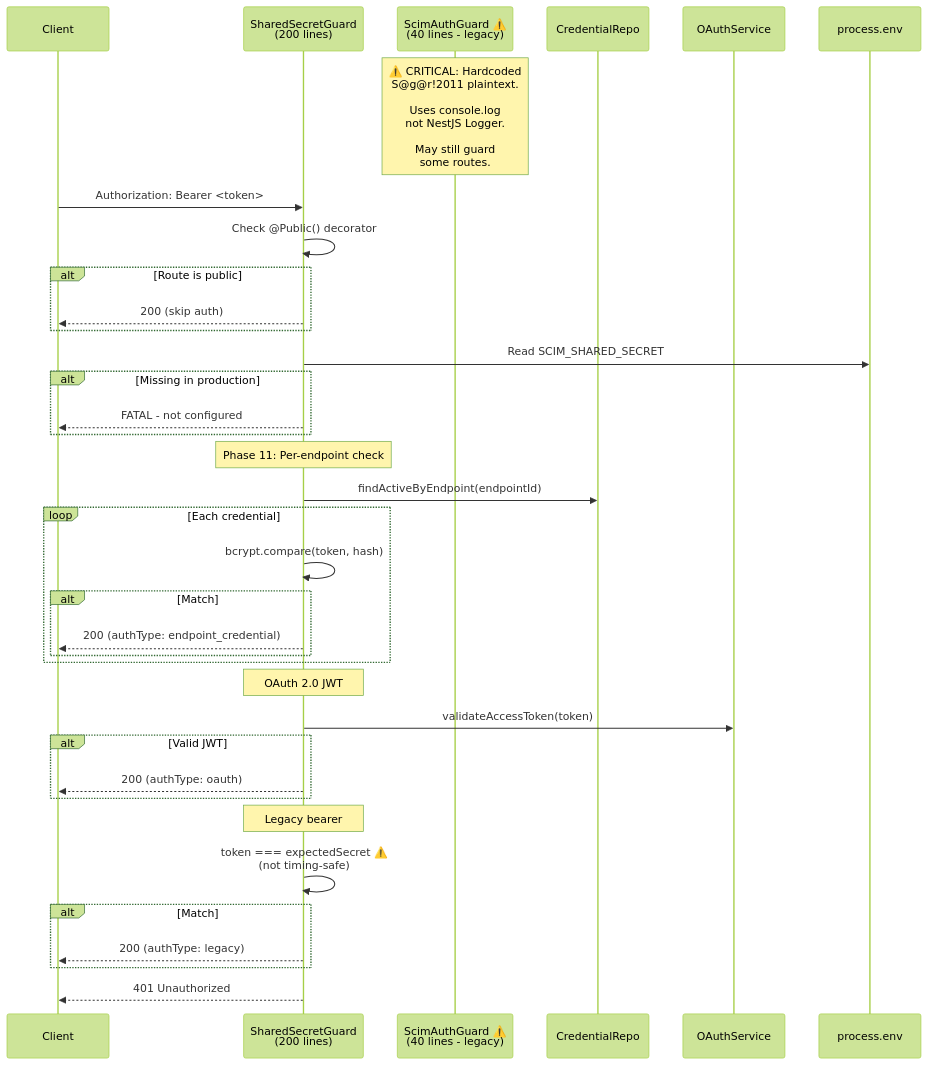
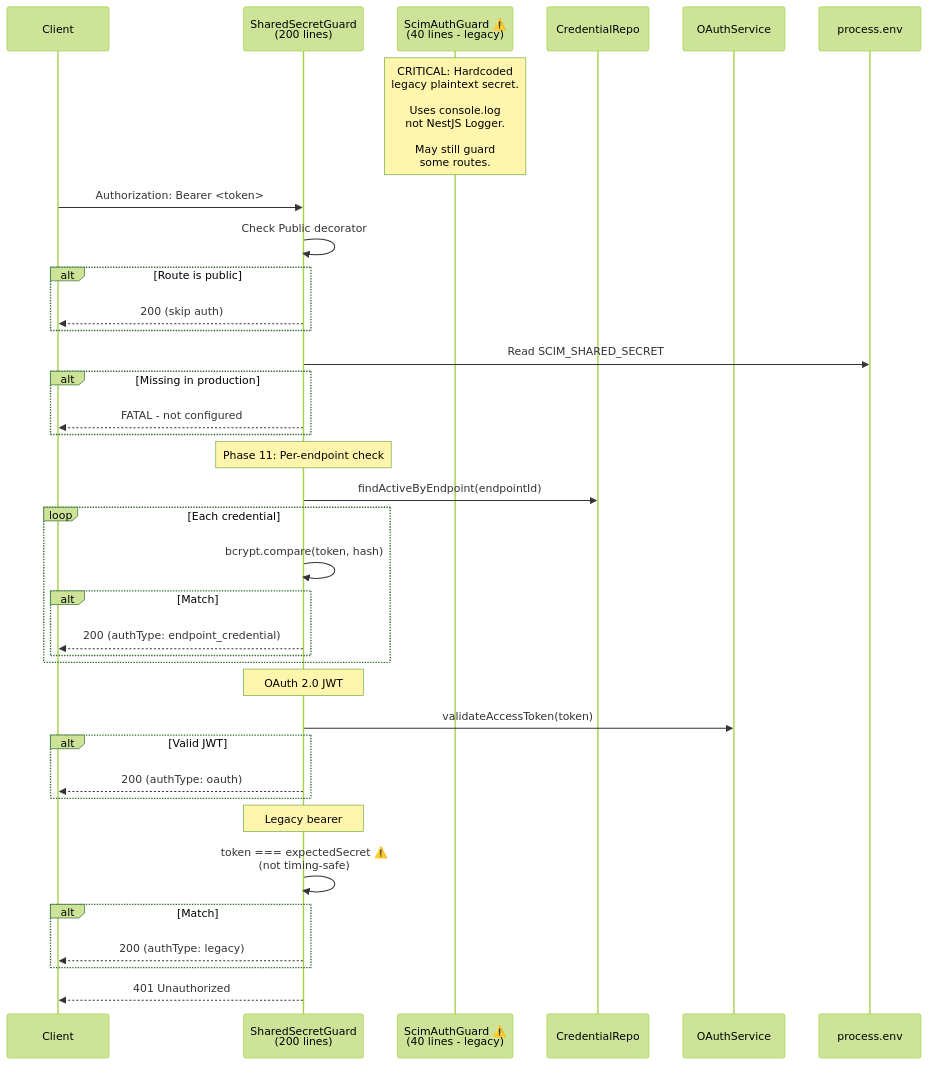
Before and after one commit to pranems/SCIMServer: the third of 10 diagrams in docs/DESIGN_IMPROVEMENT_DEEP_ANALYSIS.md, drawn with Mermaid (forest theme). The commit also changed 8 other files, not shown here.

````diff
--- a/docs/DESIGN_IMPROVEMENT_DEEP_ANALYSIS.md
+++ b/docs/DESIGN_IMPROVEMENT_DEEP_ANALYSIS.md
@@ -144,44 +144,44 @@
 ```mermaid
 sequenceDiagram
     participant C as Client
     participant SSG as SharedSecretGuard<br/>(200 lines)
     participant SAG as ScimAuthGuard ⚠️<br/>(40 lines - legacy)
     participant CR as CredentialRepo
     participant OAuth as OAuthService
     participant ENV as process.env
 
-    Note over SAG: ⚠️ CRITICAL: Hardcoded<br/>S@g@r!2011 plaintext.<br/><br/>Uses console.log<br/>not NestJS Logger.<br/><br/>May still guard<br/>some routes.
+    Note over SAG: CRITICAL: Hardcoded<br/>legacy plaintext secret.<br/><br/>Uses console.log<br/>not NestJS Logger.<br/><br/>May still guard<br/>some routes.
 
     C->>SSG: Authorization: Bearer <token>
-    SSG->>SSG: Check @Public() decorator
+    SSG->>SSG: Check Public decorator
     alt Route is public
         SSG-->>C: 200 (skip auth)
     end
     SSG->>ENV: Read SCIM_SHARED_SECRET
     alt Missing in production
         SSG-->>C: FATAL - not configured
     end
 
     Note over SSG: Phase 11: Per-endpoint check
     SSG->>CR: findActiveByEndpoint(endpointId)
     loop Each credential
         SSG->>SSG: bcrypt.compare(token, hash)
         alt Match
             SSG-->>C: 200 (authType: endpoint_credential)
         end
     end
 
     Note over SSG: OAuth 2.0 JWT
     SSG->>OAuth: validateAccessToken(token)
     alt Valid JWT
         SSG-->>C: 200 (authType: oauth)
     end
 
     Note over SSG: Legacy bearer
     SSG->>SSG: token === expectedSecret ⚠️<br/>(not timing-safe)
     alt Match
         SSG-->>C: 200 (authType: legacy)
     end
 
     SSG-->>C: 401 Unauthorized
 ```
````
